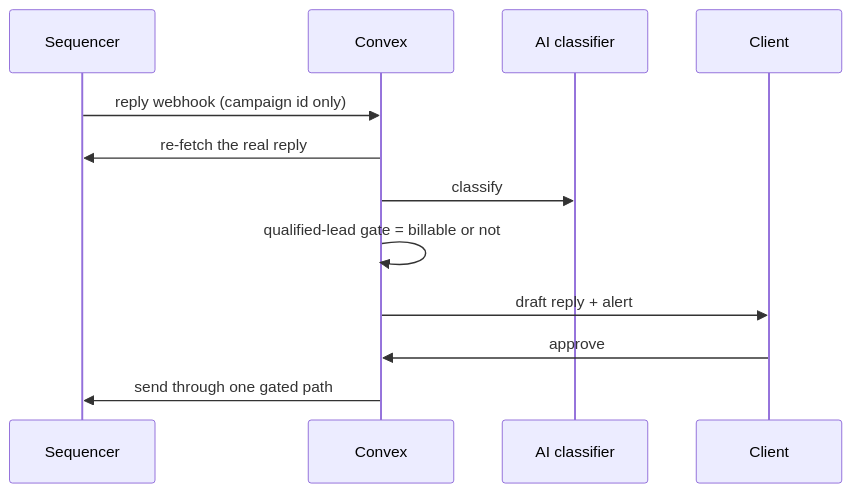
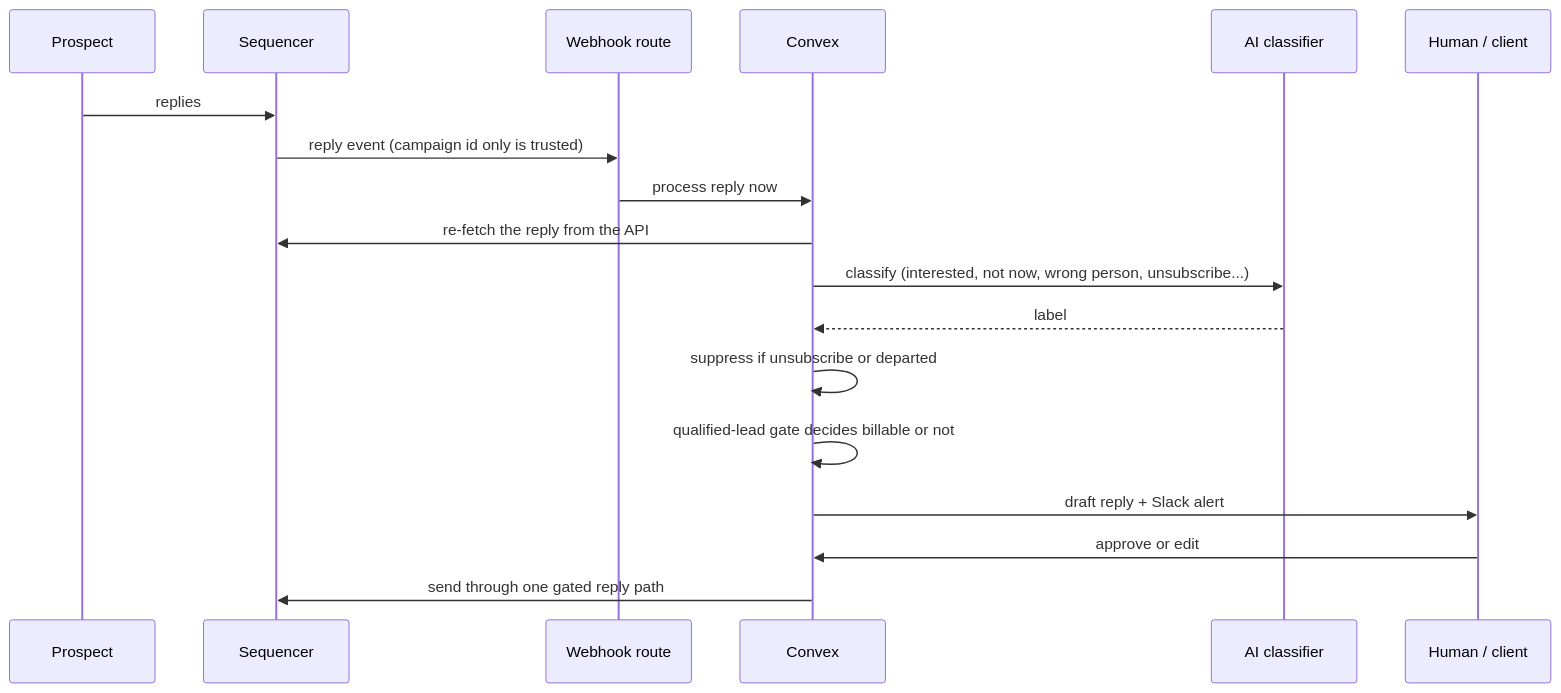
One commit to Trav54219/gtm-engineering-portfolio changed the sixth of 6 diagrams in docs/case-studies/portal-walkthrough.md. Above: the diagram before and after it, drawn with Mermaid. The commit also changed other lines of this file, not shown here.

Commit message:
Walkthrough page: keep logos and diagrams, trimmed, tied to revenue (#3)

````diff
--- a/docs/case-studies/portal-walkthrough.md
+++ b/docs/case-studies/portal-walkthrough.md
@@ -91,14 +168,20 @@
 ```mermaid
 sequenceDiagram
+  participant P as Prospect
   participant S as Sequencer
+  participant W as Webhook route
   participant C as Convex
   participant A as AI classifier
-  participant H as Client
-  S->>C: reply webhook (campaign id only)
-  C->>S: re-fetch the real reply
-  C->>A: classify
-  C->>C: qualified-lead gate = billable or not
-  C->>H: draft reply + alert
-  H->>C: approve
-  C->>S: send through one gated path
+  participant H as Human / client
+  P->>S: replies
+  S->>W: reply event (campaign id only is trusted)
+  W->>C: process reply now
+  C->>S: re-fetch the reply from the API
+  C->>A: classify (interested, not now, wrong person, unsubscribe...)
+  A-->>C: label
+  C->>C: suppress if unsubscribe or departed
+  C->>C: qualified-lead gate decides billable or not
+  C->>H: draft reply + Slack alert
+  H->>C: approve or edit
+  C->>S: send through one gated reply path
 ```
````
